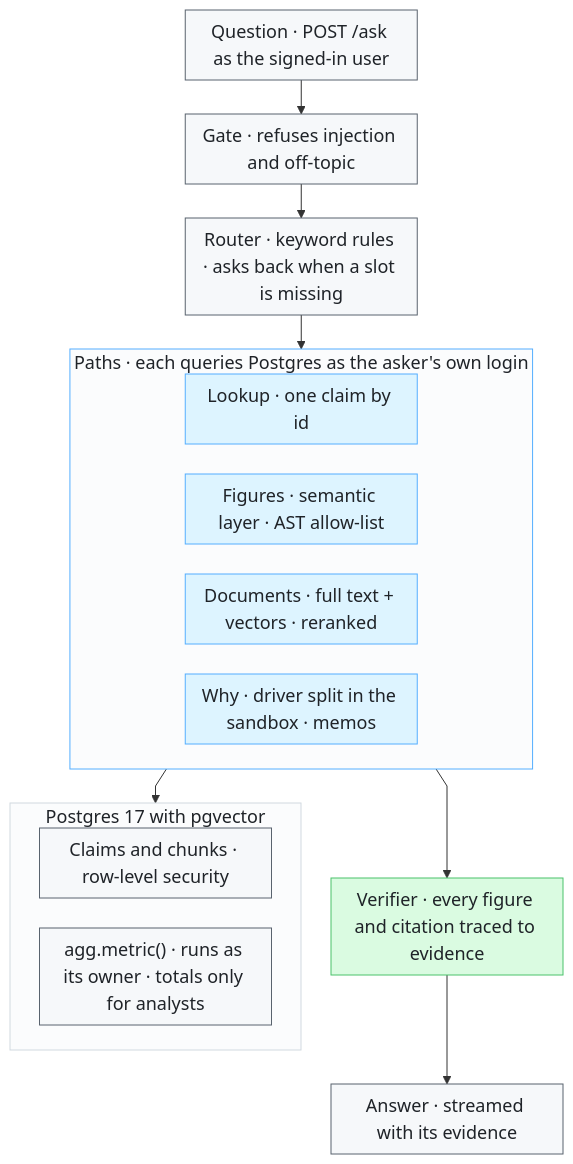
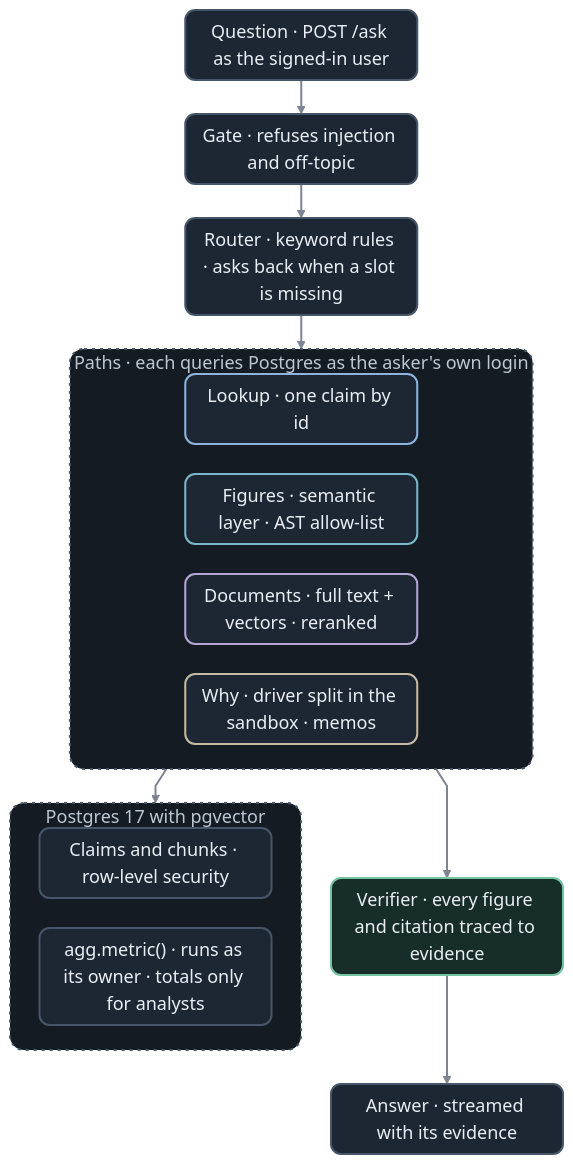
Before and after one commit to jameswniu/insurance-claims-rag-search-retrieval: the diagram in README.md, drawn with Mermaid. The commit also changed other lines of this file and 12 other files, not shown here.

Commit message:
Move every figure, the flowchart and the badges to one dark palette

````diff
--- a/README.md
+++ b/README.md
@@ -61,36 +61,41 @@
 ```mermaid
-%%{init: {'flowchart': {'curve': 'linear', 'nodeSpacing': 30, 'rankSpacing': 34, 'padding': 8}, 'themeVariables': {'fontSize': '18px'}}}%%
+%%{init: {"theme":"base","flowchart":{"curve":"linear","nodeSpacing":30,"rankSpacing":34,"padding":8},"themeVariables":{"darkMode":true,"background":"#10161D","fontFamily":"BlinkMacSystemFont,Segoe UI,Noto Sans,Helvetica,Arial","fontSize":"18px","primaryColor":"#1D2733","primaryTextColor":"#E9EEF3","primaryBorderColor":"#475569","secondaryColor":"#172D27","secondaryTextColor":"#E9EEF3","secondaryBorderColor":"#74C3A1","tertiaryColor":"#141B23","tertiaryTextColor":"#BCC7D2","tertiaryBorderColor":"#475569","textColor":"#E9EEF3","nodeTextColor":"#E9EEF3","mainBkg":"#1D2733","nodeBorder":"#475569","clusterBkg":"#141B23","clusterBorder":"#475569","titleColor":"#BCC7D2","lineColor":"#7B8492","defaultLinkColor":"#7B8492","arrowheadColor":"#7B8492","edgeLabelBackground":"#18212B"}}}%%
 flowchart TD
     Q["Question · POST /ask as the signed-in user"]
     GATE["Gate · refuses injection and off-topic"]
     ROUTE["Router · keyword rules · asks back when a slot is missing"]
 
     subgraph PATHS["Paths · each queries Postgres as the asker's own login"]
         direction LR
         LOOK["Lookup · one claim by id"]
         FIG["Figures · semantic layer · AST allow-list"]
         DOCS["Documents · full text + vectors · reranked"]
         WHY["Why · driver split in the sandbox · memos"]
     end
 
     subgraph STORE["Postgres 17 with pgvector"]
         direction LR
         RLS["Claims and chunks · row-level security"]
         AGG["agg.metric() · runs as its owner · totals only for analysts"]
     end
 
     VER["Verifier · every figure and citation traced to evidence"]
     ANS["Answer · streamed with its evidence"]
 
     Q --> GATE --> ROUTE --> PATHS --> VER --> ANS
     PATHS --> STORE
 
-    classDef step fill:#f6f8fa,stroke:#59636e,color:#1f2328
-    classDef path fill:#ddf4ff,stroke:#54aeff,color:#1f2328
-    classDef check fill:#dafbe1,stroke:#4ac26b,color:#1f2328
+    classDef step fill:#1D2733,stroke:#475569,color:#E9EEF3,stroke-width:2px,rx:10px,ry:10px
+    classDef path fill:#1D2733,color:#E9EEF3,stroke-width:2px,rx:10px,ry:10px
+    classDef check fill:#172D27,stroke:#74C3A1,color:#E9EEF3,stroke-width:2px,rx:10px,ry:10px
     class Q,GATE,ROUTE,ANS,RLS,AGG step
     class LOOK,FIG,DOCS,WHY path
     class VER check
-    style PATHS fill:#fbfcfd,stroke:#54aeff,color:#1f2328
-    style STORE fill:#fbfcfd,stroke:#d1d9e0,color:#1f2328
+    style LOOK stroke:#8CB4DF
+    style FIG stroke:#79B8C8
+    style DOCS stroke:#B4A7D6
+    style WHY stroke:#C5BBA4
+    style PATHS fill:#141B23,stroke:#475569,color:#BCC7D2,stroke-width:2px,stroke-dasharray:3 5,rx:14px,ry:14px
+    style STORE fill:#141B23,stroke:#475569,color:#BCC7D2,stroke-width:2px,stroke-dasharray:3 5,rx:14px,ry:14px
+    linkStyle default stroke:#7B8492,stroke-width:2px
 ```
````
